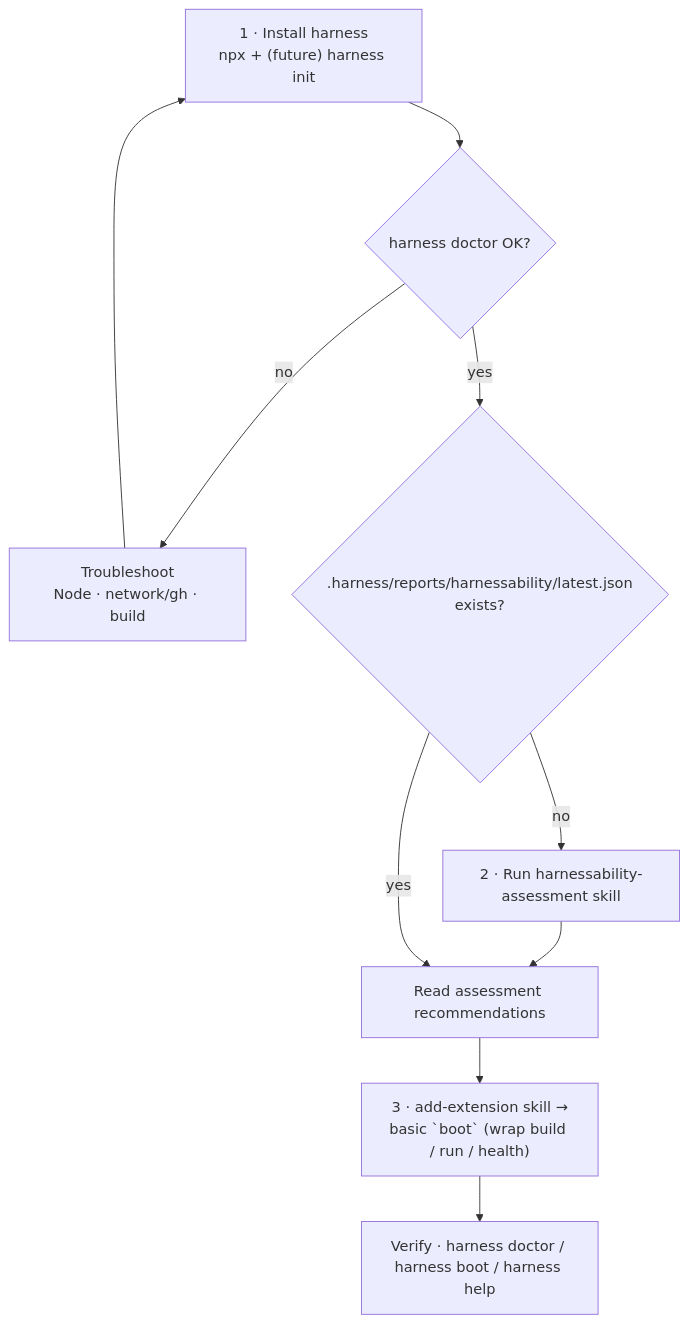
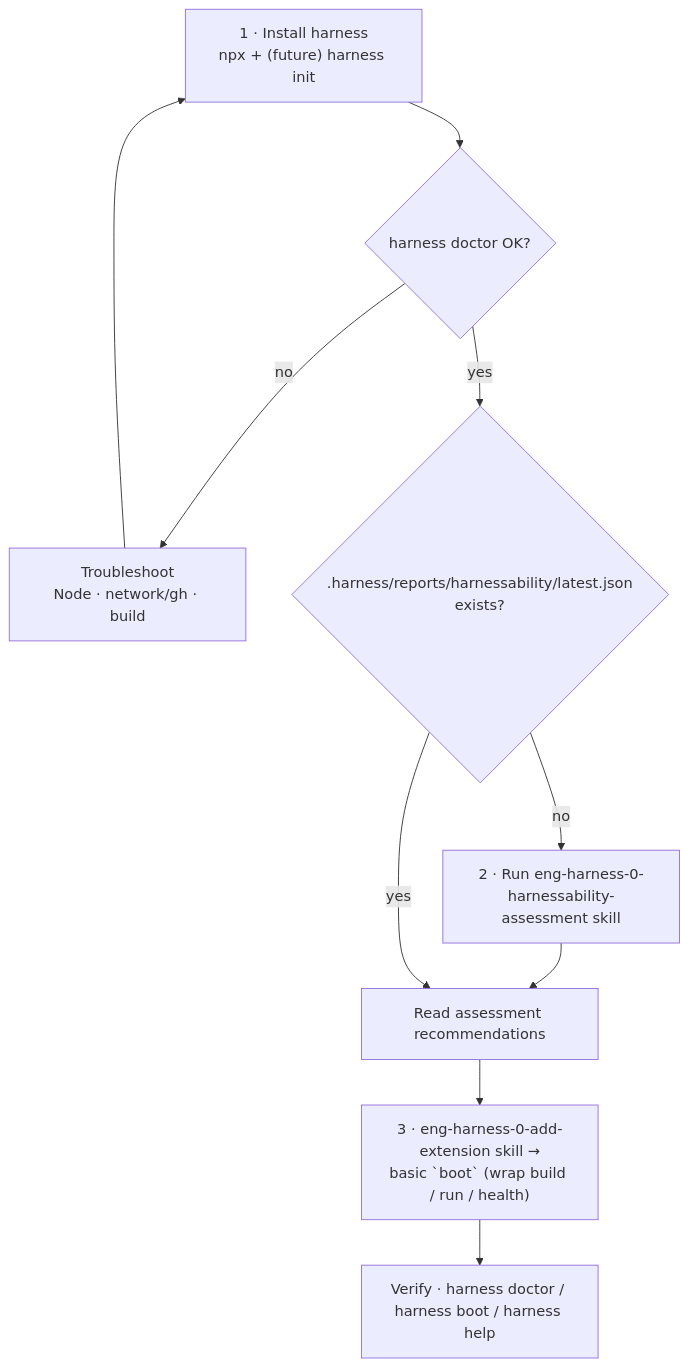
The first of 2 diagrams in skills/eng-harness-setup/eng-harness-0-setup/README.md (AI-Substrate/harness-engineering), drawn with Mermaid before and after one commit. The commit also changed other lines of this file and 12 other files, not shown here.

First line of the commit message:
refactor(skills): rename slugs/frontmatter to eng-harness-* (T003)

````diff
--- a/skills/eng-harness-setup/eng-harness-0-setup/README.md
+++ b/skills/eng-harness-setup/eng-harness-0-setup/README.md
@@ -11,10 +11,10 @@
 ```mermaid
 flowchart TD
     A["1 · Install harness<br/>npx + (future) harness init"] --> Ad{harness doctor OK?}
     Ad -- no --> At["Troubleshoot<br/>Node · network/gh · build"] --> A
     Ad -- yes --> C{".harness/reports/harnessability/latest.json<br/>exists?"}
-    C -- no --> D["2 · Run harnessability-assessment skill"] --> E
+    C -- no --> D["2 · Run eng-harness-0-harnessability-assessment skill"] --> E
     C -- yes --> E["Read assessment recommendations"]
-    E --> F["3 · add-extension skill →<br/>basic `boot` (wrap build / run / health)"]
+    E --> F["3 · eng-harness-0-add-extension skill →<br/>basic `boot` (wrap build / run / health)"]
     F --> V["Verify · harness doctor / harness boot / harness help"]
 ```
````
